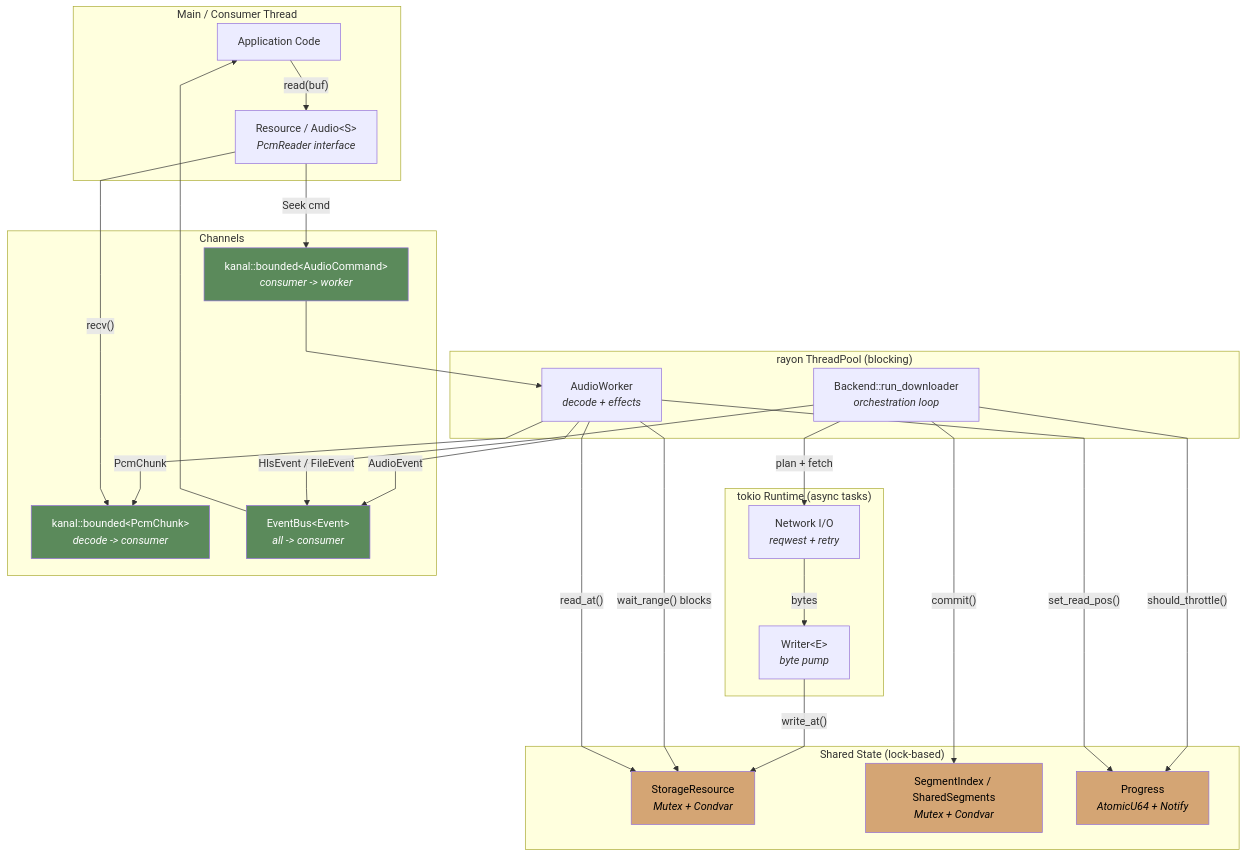
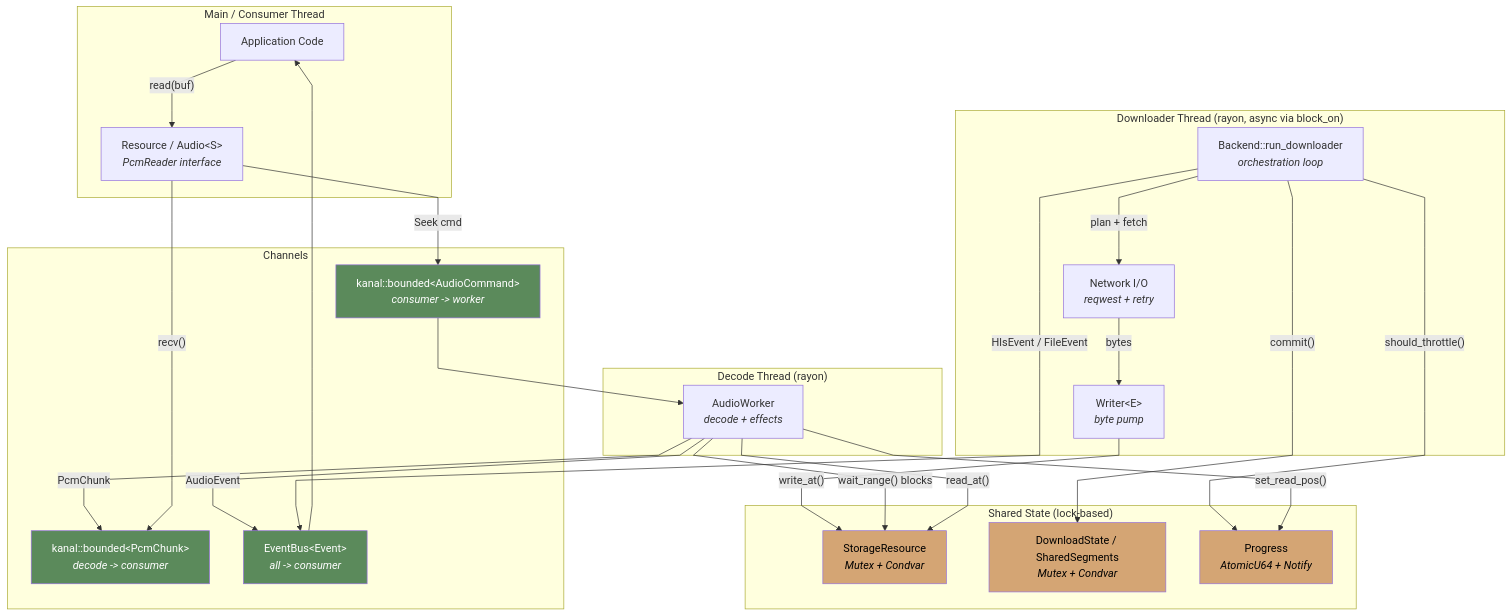
Before and after one commit to zvuk/kithara: the first of 2 diagrams in crates/kithara-audio/README.md, drawn with Mermaid. The commit also changed other lines of this file and 208 other files, not shown here.

````diff
--- a/crates/kithara-audio/README.md
+++ b/crates/kithara-audio/README.md
@@ -40,58 +40,58 @@
 ```mermaid
 %%{init: {"flowchart": {"curve": "linear"}} }%%
-graph TB
+flowchart TB
     subgraph "Main / Consumer Thread"
         App["Application Code"]
         Resource["Resource / Audio&lt;S&gt;<br/><i>PcmReader interface</i>"]
         App -- "read(buf)" --> Resource
     end
 
-    subgraph "tokio Runtime (async tasks)"
+    subgraph "Downloader Thread (rayon, async via block_on)"
+        DLLoop["Backend::run_downloader<br/><i>orchestration loop</i>"]
         NetTask["Network I/O<br/><i>reqwest + retry</i>"]
         WriterTask["Writer&lt;E&gt;<br/><i>byte pump</i>"]
+        DLLoop -- "plan + fetch" --> NetTask
+        NetTask -- "bytes" --> WriterTask
     end
 
-    subgraph "rayon ThreadPool (blocking)"
-        DLLoop["Backend::run_downloader<br/><i>orchestration loop</i>"]
+    subgraph "Decode Thread (rayon)"
         DecodeWorker["AudioWorker<br/><i>decode + effects</i>"]
     end
 
     subgraph "Shared State (lock-based)"
         StorageRes["StorageResource<br/><i>Mutex + Condvar</i>"]
-        SegIdx["SegmentIndex / SharedSegments<br/><i>Mutex + Condvar</i>"]
+        SegIdx["DownloadState / SharedSegments<br/><i>Mutex + Condvar</i>"]
         Progress["Progress<br/><i>AtomicU64 + Notify</i>"]
     end
 
     subgraph "Channels"
         PcmChan["kanal::bounded&lt;PcmChunk&gt;<br/><i>decode -> consumer</i>"]
         CmdChan["kanal::bounded&lt;AudioCommand&gt;<br/><i>consumer -> worker</i>"]
         EventChan["EventBus&lt;Event&gt;<br/><i>all -> consumer</i>"]
     end
 
-    DLLoop -- "plan + fetch" --> NetTask
-    NetTask -- "bytes" --> WriterTask
     WriterTask -- "write_at()" --> StorageRes
     DLLoop -- "commit()" --> SegIdx
 
     DecodeWorker -- "wait_range() blocks" --> StorageRes
     DecodeWorker -- "read_at()" --> StorageRes
     DecodeWorker -- "PcmChunk" --> PcmChan
     Resource -- "recv()" --> PcmChan
 
     Resource -- "Seek cmd" --> CmdChan
     CmdChan --> DecodeWorker
 
     DecodeWorker -- "AudioEvent" --> EventChan
     DLLoop -- "HlsEvent / FileEvent" --> EventChan
     EventChan --> App
 
     DLLoop -- "should_throttle()" --> Progress
     DecodeWorker -- "set_read_pos()" --> Progress
 
     style StorageRes fill:#d4a574,color:#000
     style SegIdx fill:#d4a574,color:#000
     style Progress fill:#d4a574,color:#000
     style PcmChan fill:#5b8a5b,color:#fff
     style CmdChan fill:#5b8a5b,color:#fff
     style EventChan fill:#5b8a5b,color:#fff
 ```
````
